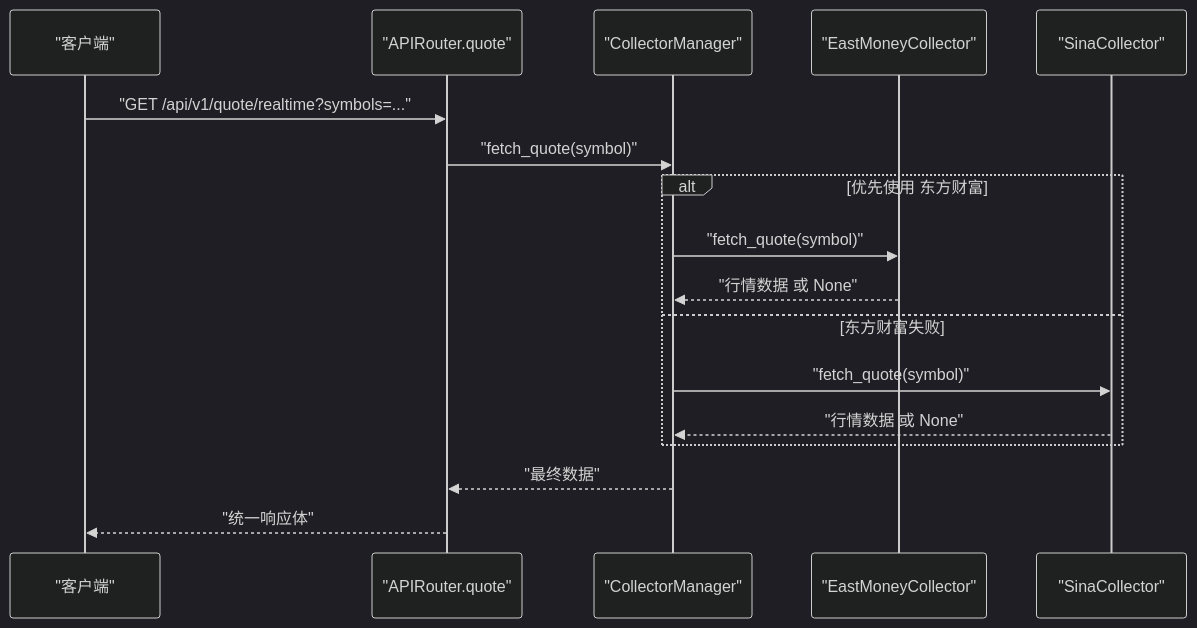
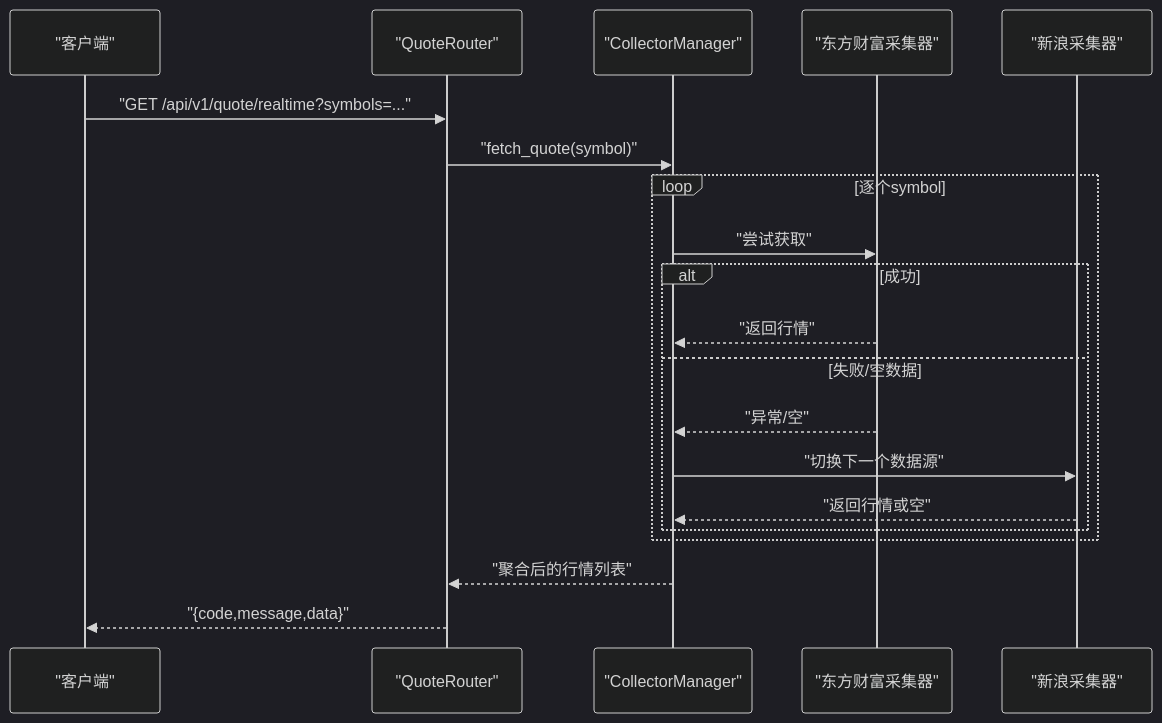
One commit to We3le7/stock-view changed the third of 7 diagrams in .qoder/repowiki/zh/content/后端开发/后端开发.md. Above: the diagram before and after it, drawn with Mermaid (dark theme). The commit also changed other lines of this file and 142 other files, not shown here.

````diff
--- a/.qoder/repowiki/zh/content/后端开发/后端开发.md
+++ b/.qoder/repowiki/zh/content/后端开发/后端开发.md
@@ -286,19 +191,22 @@
 ```mermaid
 sequenceDiagram
-participant C as "客户端"
-participant API as "APIRouter.quote"
+participant Client as "客户端"
+participant API as "QuoteRouter"
 participant CM as "CollectorManager"
-participant EM as "EastMoneyCollector"
-participant SI as "SinaCollector"
-C->>API : "GET /api/v1/quote/realtime?symbols=..."
+participant EM as "东方财富采集器"
+participant SINA as "新浪采集器"
+Client->>API : "GET /api/v1/quote/realtime?symbols=..."
 API->>CM : "fetch_quote(symbol)"
-alt 优先使用 东方财富
-CM->>EM : "fetch_quote(symbol)"
-EM-->>CM : "行情数据 或 None"
-else 东方财富失败
-CM->>SI : "fetch_quote(symbol)"
-SI-->>CM : "行情数据 或 None"
+loop 逐个symbol
+CM->>EM : "尝试获取"
+alt 成功
+EM-->>CM : "返回行情"
+else 失败/空数据
+EM-->>CM : "异常/空"
+CM->>SINA : "切换下一个数据源"
+SINA-->>CM : "返回行情或空"
 end
-CM-->>API : "最终数据"
-API-->>C : "统一响应体"
+end
+CM-->>API : "聚合后的行情列表"
+API-->>Client : "{code,message,data}"
 ```
````
